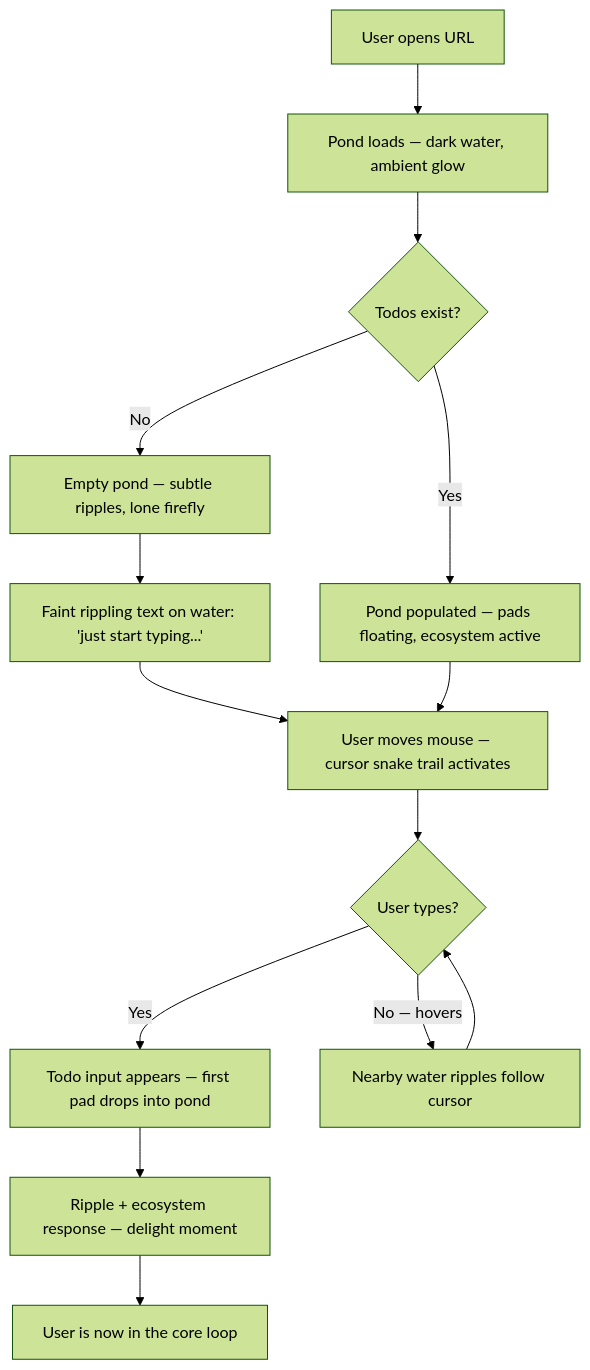
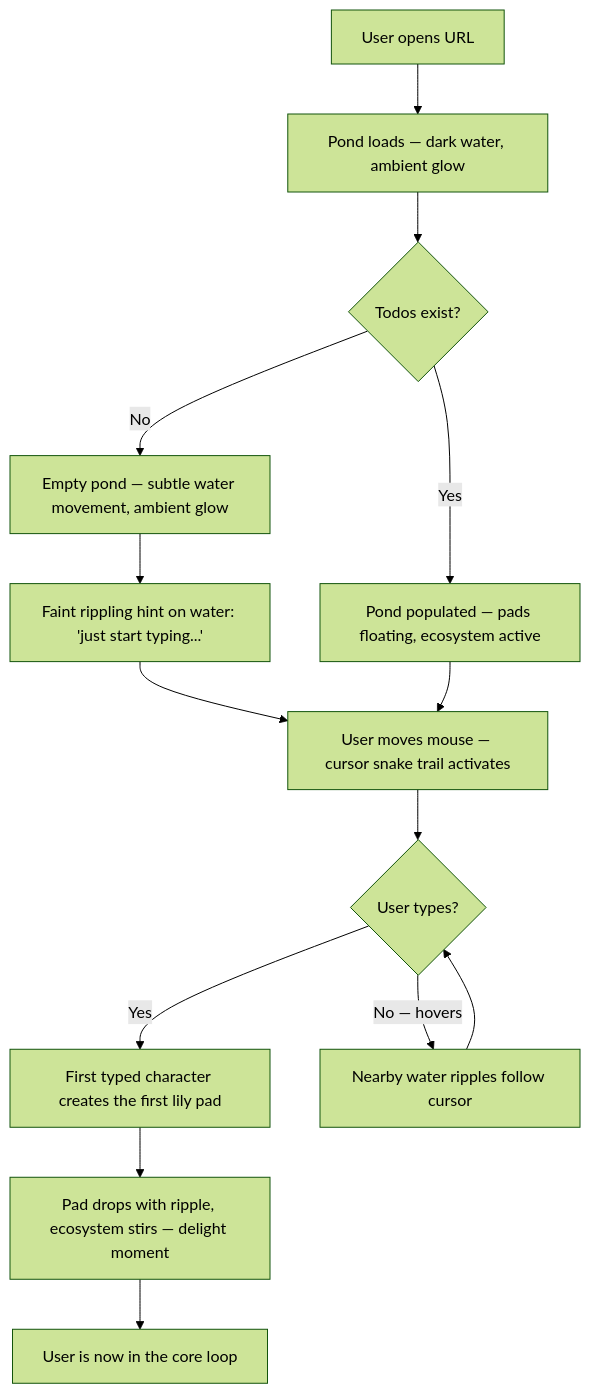
One commit to mscottx88/nearform-bmad-todo-app changed the first of 5 diagrams in _bmad-output/planning-artifacts/ux-design-specification.md. Above: the diagram before and after it, drawn with Mermaid (forest theme). The commit also changed other lines of this file and 10 other files, not shown here.

````diff
--- a/_bmad-output/planning-artifacts/ux-design-specification.md
+++ b/_bmad-output/planning-artifacts/ux-design-specification.md
@@ -600,16 +627,16 @@
 ```mermaid
 flowchart TD
     A[User opens URL] --> B[Pond loads — dark water, ambient glow]
     B --> C{Todos exist?}
-    C -->|No| D[Empty pond — subtle ripples, lone firefly]
+    C -->|No| D[Empty pond — subtle water movement, ambient glow]
     C -->|Yes| E[Pond populated — pads floating, ecosystem active]
-    D --> F[Faint rippling text on water: 'just start typing...']
+    D --> F[Faint rippling hint on water: 'just start typing...']
     F --> G[User moves mouse — cursor snake trail activates]
     G --> H{User types?}
-    H -->|Yes| I[Todo input appears — first pad drops into pond]
+    H -->|Yes| I[First typed character creates the first lily pad]
     H -->|No — hovers| J[Nearby water ripples follow cursor]
     J --> H
-    I --> K[Ripple + ecosystem response — delight moment]
+    I --> K[Pad drops with ripple, ecosystem stirs — delight moment]
     K --> L[User is now in the core loop]
     E --> G
 ```
````
